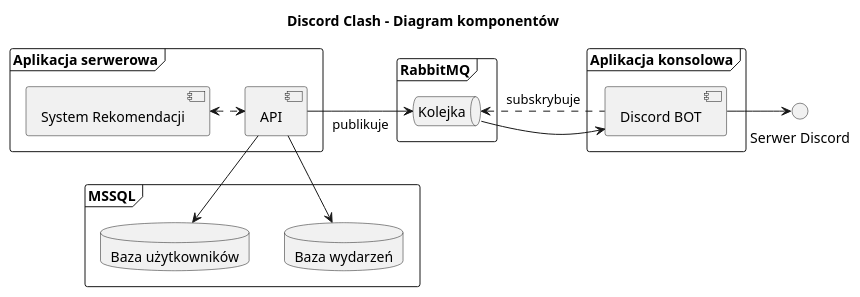
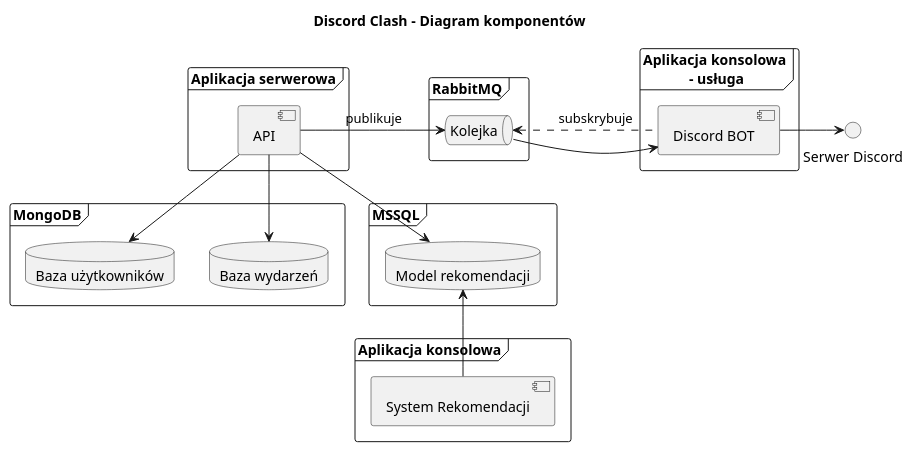
Before and after one commit to jurczewski/Discord-Clash: the diagram in diagrams/architecture-components.puml, drawn with PlantUML. The commit also changed 1 other file, not shown here.

Commit message:
Updated components diagram

```diff
--- a/diagrams/architecture-components.puml
+++ b/diagrams/architecture-components.puml
@@ -1,34 +1,42 @@
 @startuml
 skinparam defaultFontName Muli
 
 title **Discord Clash - Diagram komponentów**
 
 frame "Aplikacja serwerowa" {
     [API]
+}
+
+frame "Aplikacja konsolowa" {
     [System Rekomendacji] as RS  
 }
 
+frame "MongoDB" {
+    database "Baza użytkowników" as DB2
+    database "Baza wydarzeń" as DB3
+}
+
 frame "MSSQL" {
-    database "Baza użytkowników" as DB1
-    database "Baza wydarzeń" as DB2
+    database "Model rekomendacji" as DB1
 }
 
 frame RabbitMQ as Rabbit {
     queue "Kolejka" as Q1
 }
 
-frame "Aplikacja konsolowa" {
+frame "Aplikacja konsolowa\n - usługa" {
     [Discord BOT] as BOT
 }
 
 () "Serwer Discord" as Channel
 
-API -right-> Q1 : "  publikuje  "
+API -right-> Q1 : "\tpublikuje\t"
 Q1 -right-> BOT : ""
-Q1 <.right. BOT : "  subskrybuje  "
+Q1 <.right. BOT : "\tsubskrybuje\t"
 BOT -right-> Channel : "\t"
-API -down-> DB1
-API -down-> DB2
-API <.left.> RS
+RS -up-> DB1
+API --> DB1
+API --> DB2
+API --> DB3
 
 @enduml
```
